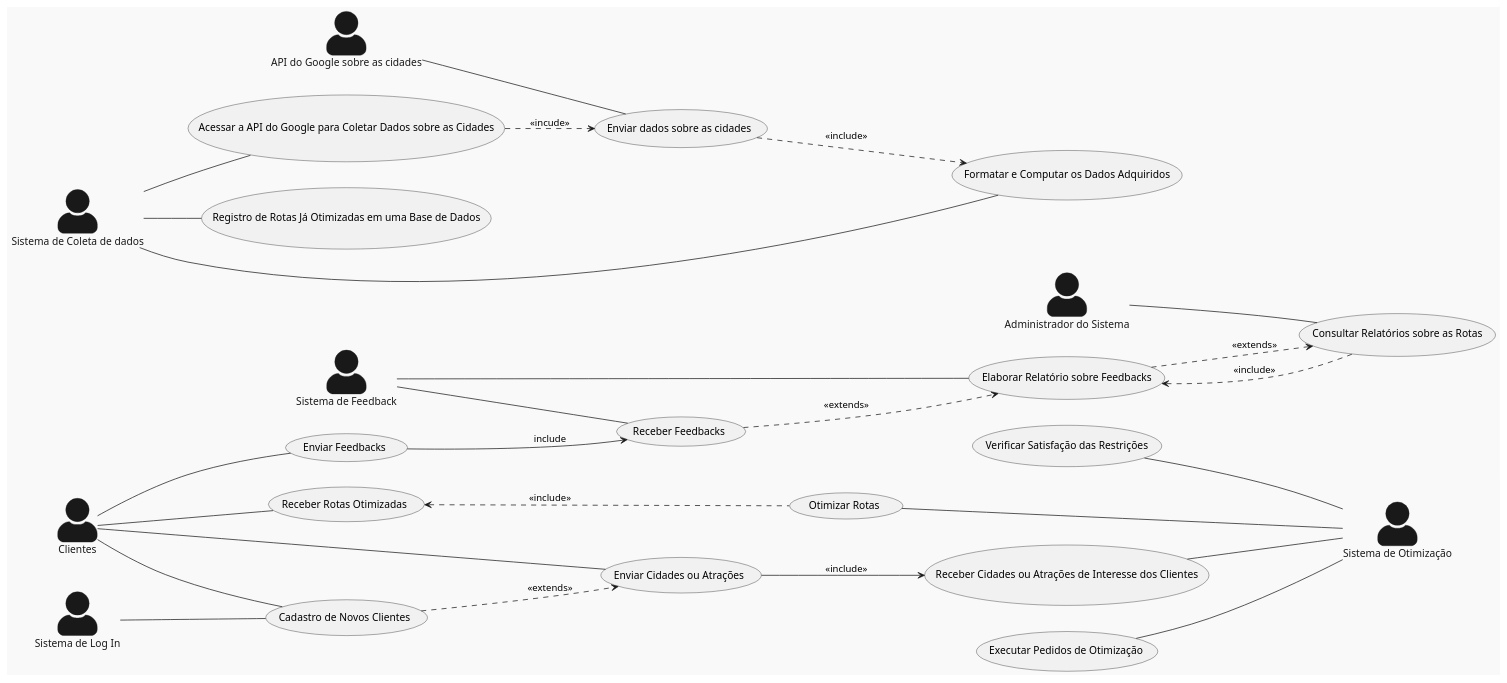
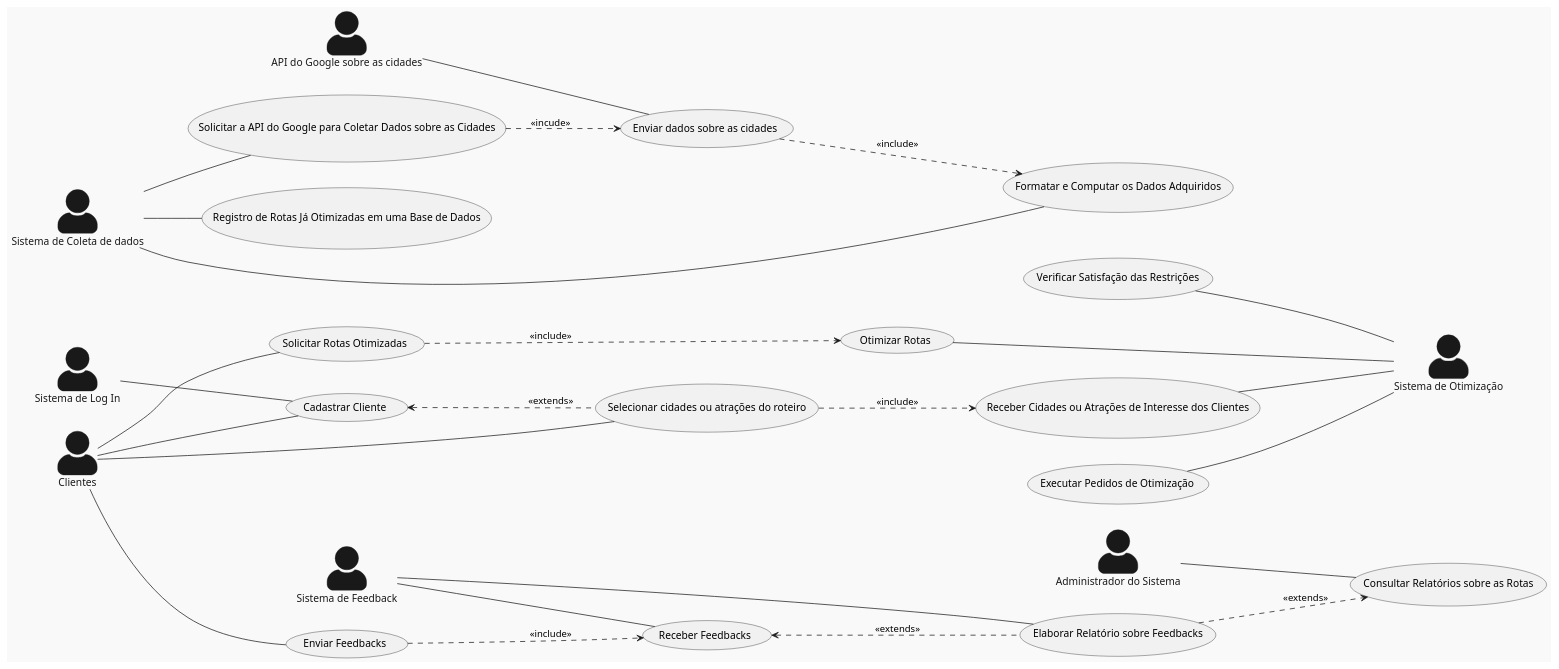
Before and after one commit to pedrodilallo/site_turismo_SIG: the diagram in Relatório/Semana-1/Diagramas/DCU.md, drawn with PlantUML. The commit also changed 1 other file, not shown here.

Commit message:
Correções DCU

```diff
--- a/Relatório/Semana-1/Diagramas/DCU.md
+++ b/Relatório/Semana-1/Diagramas/DCU.md
@@ -1,52 +1,55 @@
 @startuml
 skinparam actorStyle awesome
 !theme mars
 left to right direction
 
 actor "Clientes" as cliente
 actor "API do Google sobre as cidades" as API
 actor "Sistema de Otimização" as  otimizador
 actor "Administrador do Sistema" as sys_admin
 actor "Sistema de Feedback" as feedback
 actor "Sistema de Log In" as login
 actor "Sistema de Coleta de dados" as coletador
 
-cliente -- (Cadastro de Novos Clientes)
-cliente -- (Enviar Cidades ou Atrações)
+cliente -- (Cadastrar Cliente)
+cliente -- (Selecionar cidades ou atrações do roteiro)
 cliente -- (Enviar Feedbacks)
-cliente -- (Receber Rotas Otimizadas)
+cliente -- (Solicitar Rotas Otimizadas)
 
 
 
-login   --   (Cadastro de Novos Clientes)
+login   --   (Cadastrar Cliente)
 
-coletador -- (Acessar a API do Google para Coletar Dados sobre as Cidades)
+coletador -- (Solicitar a API do Google para Coletar Dados sobre as Cidades)
 coletador -- (Registro de Rotas Já Otimizadas em uma Base de Dados)
 coletador -- (Formatar e Computar os Dados Adquiridos)
 
 
 feedback -- (Receber Feedbacks)
 feedback -- (Elaborar Relatório sobre Feedbacks)
 
 API -- (Enviar dados sobre as cidades)
 
 sys_admin -- (Consultar Relatórios sobre as Rotas)
 
 (Receber Cidades ou Atrações de Interesse dos Clientes) -- otimizador 
 (Otimizar Rotas) -- otimizador 
 (Executar Pedidos de Otimização) -- otimizador 
 (Verificar Satisfação das Restrições) -- otimizador 
-(Receber Rotas Otimizadas) <.. (Otimizar Rotas) : <<include>>
-(Enviar Feedbacks) --> (Receber Feedbacks) : include
-(Receber Feedbacks) ..> (Elaborar Relatório sobre Feedbacks) : <<extends>>
+(Solicitar Rotas Otimizadas) ..> (Otimizar Rotas) : <<include>>
+
+
+(Enviar Feedbacks) ..> (Receber Feedbacks) : <<include>>
+(Receber Feedbacks) <.. (Elaborar Relatório sobre Feedbacks) : <<extends>>
+
 (Elaborar Relatório sobre Feedbacks) ..> (Consultar Relatórios sobre as Rotas) : <<extends>>
-(Consultar Relatórios sobre as Rotas) ..> (Elaborar Relatório sobre Feedbacks) : <<include>>
-(Cadastro de Novos Clientes) ..> (Enviar Cidades ou Atrações) : <<extends>>
+(Cadastrar Cliente) <.. (Selecionar cidades ou atrações do roteiro) : <<extends>>
+
 (Enviar dados sobre as cidades) ..> (Formatar e Computar os Dados Adquiridos) : <<include>>
-(Enviar Cidades ou Atrações) -->  (Receber Cidades ou Atrações de Interesse dos Clientes) : <<include>>
-(Acessar a API do Google para Coletar Dados sobre as Cidades) ..> (Enviar dados sobre as cidades) : <<incude>>
+(Selecionar cidades ou atrações do roteiro) ..>  (Receber Cidades ou Atrações de Interesse dos Clientes) : <<include>>
+(Solicitar a API do Google para Coletar Dados sobre as Cidades) ..> (Enviar dados sobre as cidades) : <<incude>>
 
 
 
 
 @enduml
```
